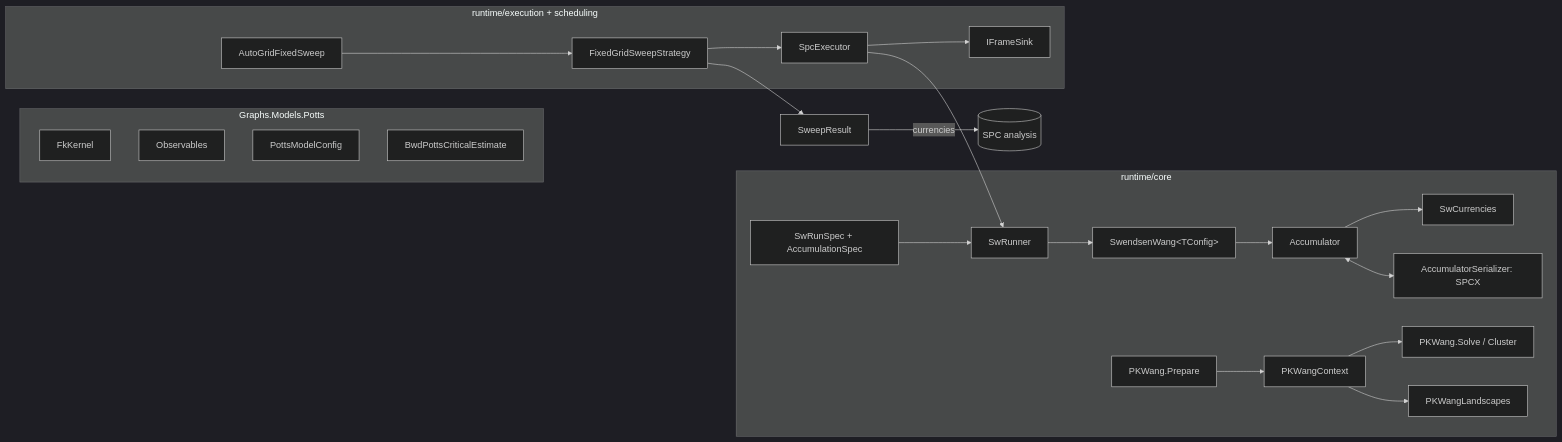
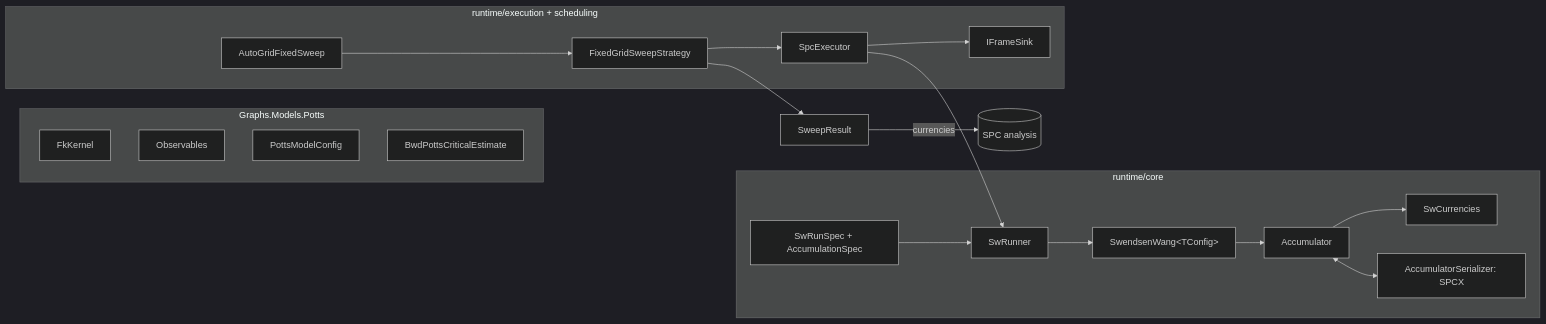
One commit to aghado01/ThermoMapper changed the diagram in docs/Clustering/SpcEngine.md. Above: the diagram before and after it, drawn with Mermaid (dark theme). The commit also changed other lines of this file and 9 other files, not shown here.

````diff
--- a/docs/Clustering/SpcEngine.md
+++ b/docs/Clustering/SpcEngine.md
@@ -9,17 +9,16 @@
 ```mermaid
 flowchart LR
   subgraph Potts[Graphs.Models.Potts]
     FK[FkKernel] ; OBS[Observables] ; PMC[PottsModelConfig] ; BWD[BwdPottsCriticalEstimate]
   end
   subgraph Core[runtime/core]
     SPEC[SwRunSpec + AccumulationSpec] --> RUN[SwRunner] --> SW["SwendsenWang&lt;TConfig&gt;"] --> ACC[Accumulator]
     ACC --> CUR[SwCurrencies] ; ACC <--> SER[AccumulatorSerializer: SPCX]
-    PK[PKWang.Prepare] --> CTX[PKWangContext] --> SOL[PKWang.Solve / Cluster] ; CTX --> PKL[PKWangLandscapes]
   end
   subgraph Exec[runtime/execution + scheduling]
     FG[FixedGridSweepStrategy] --> EX[SpcExecutor] --> SINK[IFrameSink]
     AG[AutoGridFixedSweep] --> FG
   end
   EX --> RUN
   FG --> SR[SweepResult] -->|currencies| AN[(SPC analysis)]
 ```
````
